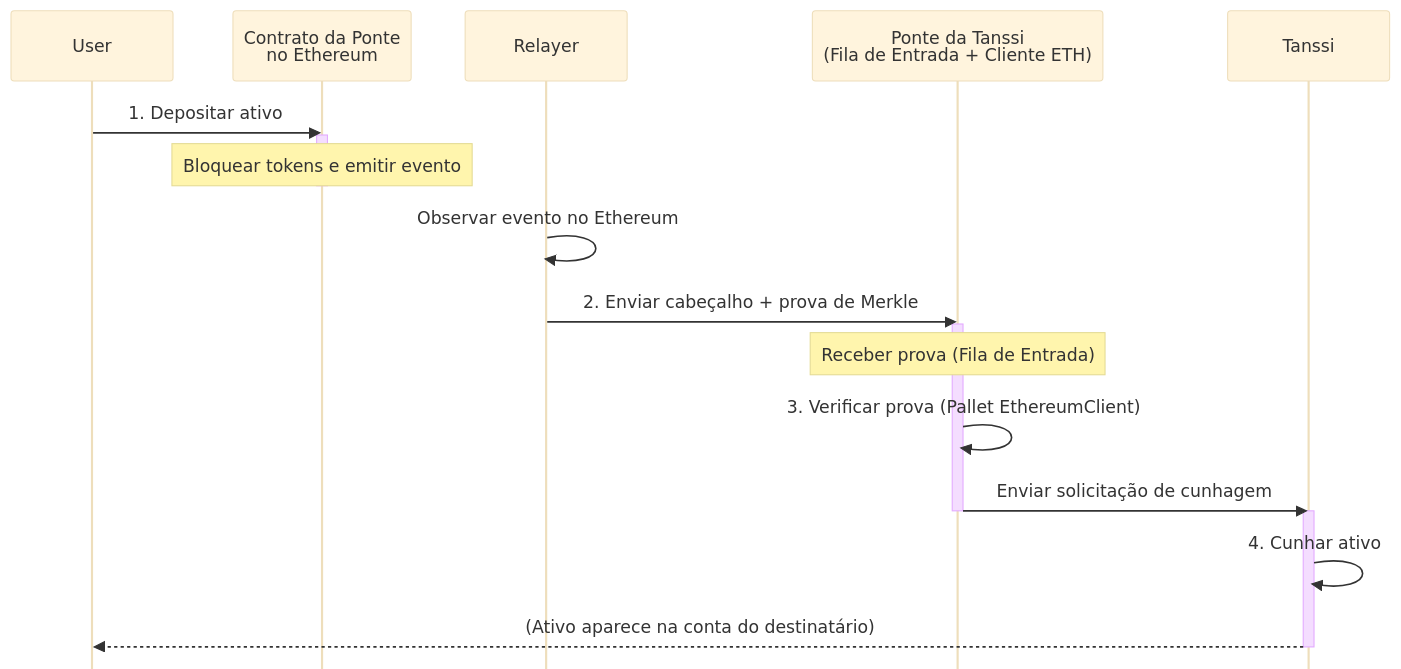
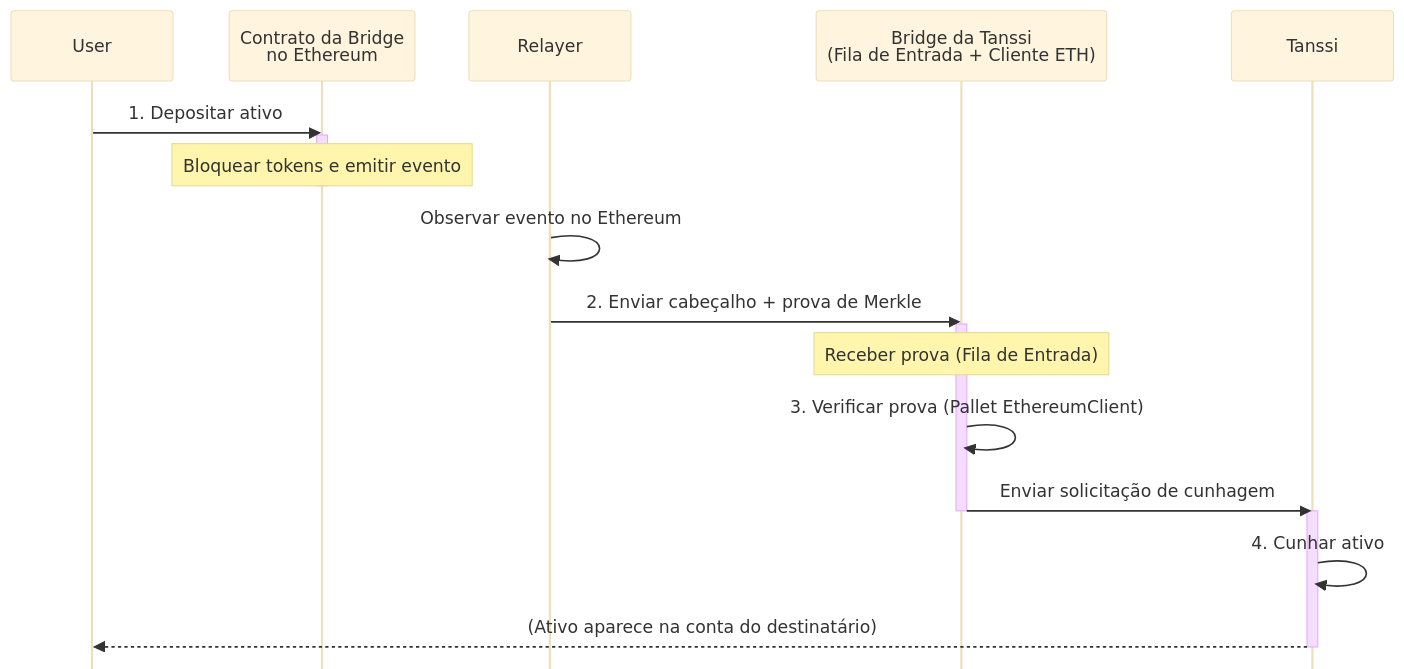
The fifth of 7 diagrams in pt/learn/tanssi/tanssi-ethereum-bridge.md (moondance-labs/tanssi-docs), drawn with Mermaid (base theme) before and after one commit. The commit also changed other lines of this file and 29 other files, not shown here.

````diff
--- a/pt/learn/tanssi/tanssi-ethereum-bridge.md
+++ b/pt/learn/tanssi/tanssi-ethereum-bridge.md
@@ -156,27 +156,27 @@
 ```mermaid
 sequenceDiagram
     %%{init: {'sequence': {'mirrorActors': false}}}%%
     participant User
-    participant EBridge as Contrato da Ponte <br/> no Ethereum
+    participant EBridge as Contrato da Bridge <br/> no Ethereum
     participant Relayer
-    participant TBP as Ponte da Tanssi<br/> (Fila de Entrada + Cliente ETH)
+    participant TBP as Bridge da Tanssi<br/> (Fila de Entrada + Cliente ETH)
     participant TAH as Tanssi
 
     User->>EBridge: 1. Depositar ativo
     activate EBridge
     Note over EBridge: Bloquear tokens e emitir evento
     deactivate EBridge
 
     Relayer->>Relayer: Observar evento no Ethereum
     Relayer->>TBP: 2. Enviar cabeçalho + prova de Merkle
     activate TBP
     Note over TBP: Receber prova (Fila de Entrada)
     TBP->>TBP: 3. Verificar prova (Pallet EthereumClient)
     TBP->>TAH: Enviar solicitação de cunhagem
     deactivate TBP
 
     activate TAH
     TAH->>TAH: 4. Cunhar ativo
     TAH-->>User: (Ativo aparece na conta do destinatário)
     deactivate TAH
 ```
````
